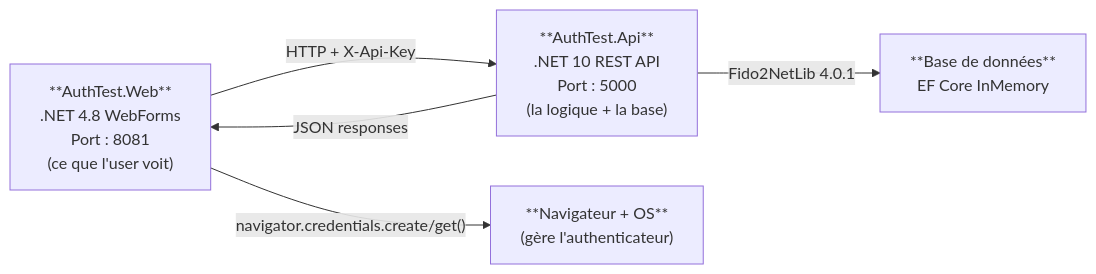
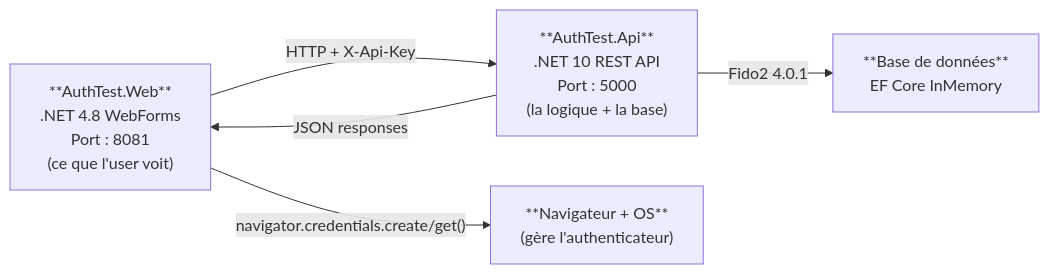
Before and after one commit to FantasticJoho/authentest: the first of 6 diagrams in Documentation/documentation.md, drawn with Mermaid. The commit also changed other lines of this file, not shown here.

Commit message:
fix: update references from Fido2NetLib to Fido2 in documentation

````diff
--- a/Documentation/documentation.md
+++ b/Documentation/documentation.md
@@ -24,12 +24,12 @@
 ```mermaid
 graph LR
     WF["**AuthTest.Web**\n.NET 4.8 WebForms\nPort : 8081\n(ce que l'user voit)"]
     API["**AuthTest.Api**\n.NET 10 REST API\nPort : 5000\n(la logique + la base)"]
     BR["**Navigateur + OS**\n(gère l'authenticateur)"]
     DB["**Base de données**\nEF Core InMemory"]
 
     WF -->|"HTTP + X-Api-Key"| API
     API -->|"JSON responses"| WF
     WF -->|"navigator.credentials.create/get()"| BR
-    API -->|"Fido2NetLib 4.0.1"| DB
+    API -->|"Fido2 4.0.1"| DB
 ```
````
